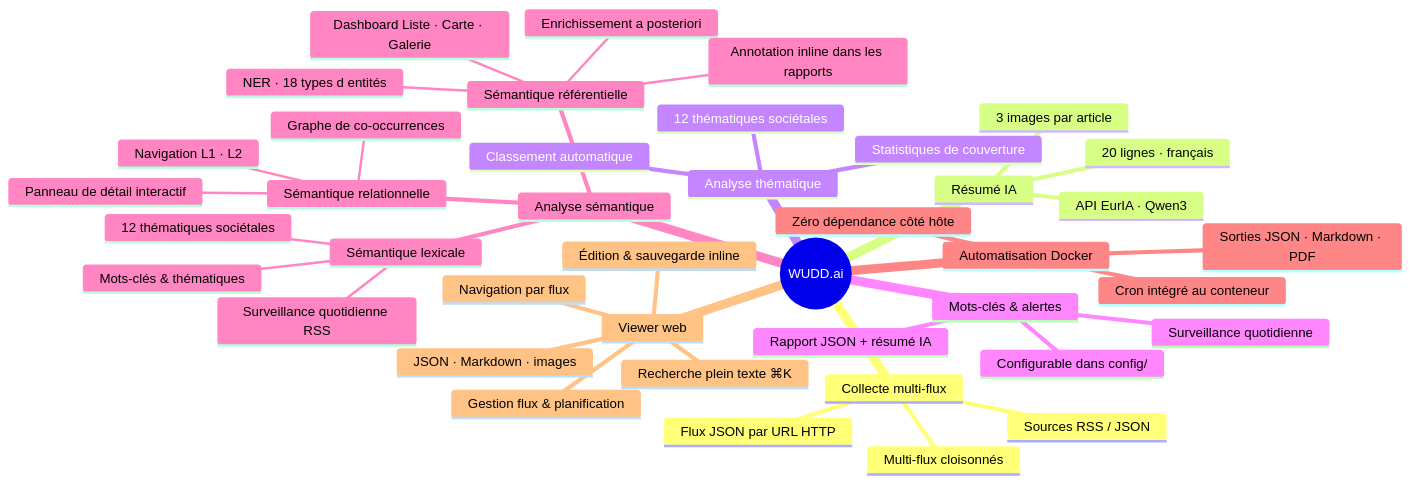
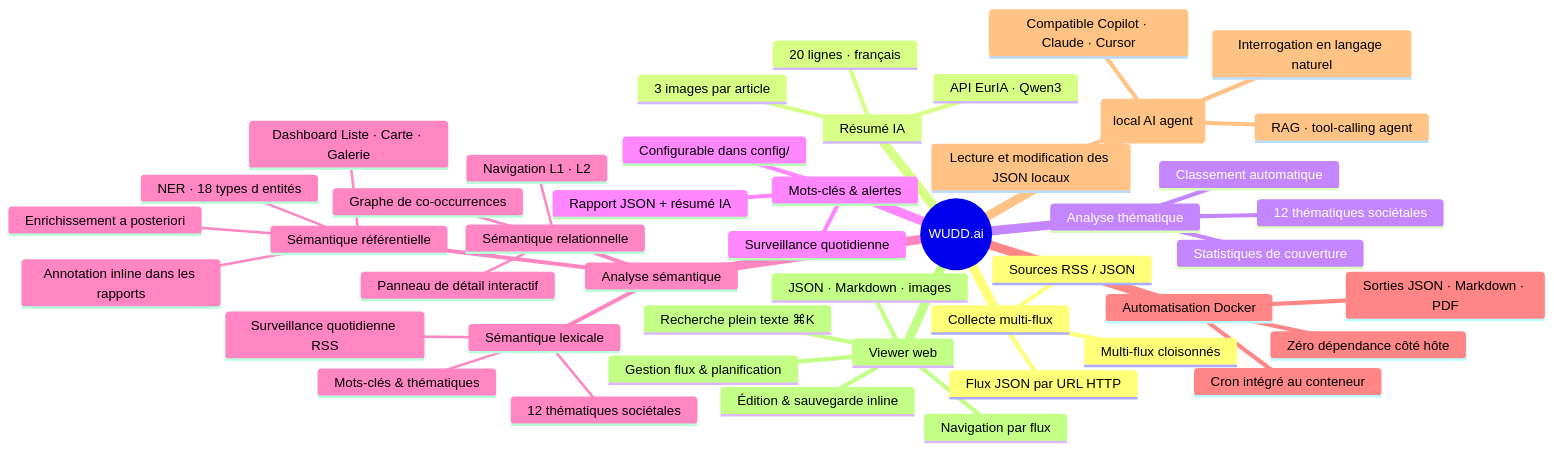
Before and after one commit to pat-the-geek/AnalyseActualites: the diagram in README.md, drawn with Mermaid. The commit also changed other lines of this file and 9 other files, not shown here.

````diff
--- a/README.md
+++ b/README.md
@@ -81,44 +81,49 @@
 ```mermaid
 mindmap
   root((WUDD.ai))
     Collecte multi-flux
       Sources RSS / JSON
       Flux JSON par URL HTTP
       Multi-flux cloisonnés
     Résumé IA
       API EurIA · Qwen3
       20 lignes · français
       3 images par article
     Analyse thématique
       12 thématiques sociétales
       Statistiques de couverture
       Classement automatique
     Mots-clés & alertes
       Surveillance quotidienne
       Rapport JSON + résumé IA
       Configurable dans config/
     Analyse sémantique
       Sémantique lexicale
         Mots-clés & thématiques
         12 thématiques sociétales
         Surveillance quotidienne RSS
       Sémantique référentielle
         NER · 18 types d entités
         Enrichissement a posteriori
         Dashboard Liste · Carte · Galerie
         Annotation inline dans les rapports
       Sémantique relationnelle
         Graphe de co-occurrences
         Navigation L1 · L2
         Panneau de détail interactif
     Automatisation Docker
       Cron intégré au conteneur
       Sorties JSON · Markdown · PDF
       Zéro dépendance côté hôte
+    Terminal IA (local AI agent)
+      Interrogation en langage naturel
+      Lecture et modification des JSON locaux
+      RAG · tool-calling agent
+      Compatible Copilot · Claude · Cursor
     Viewer web
       Navigation par flux
       JSON · Markdown · images
       Recherche plein texte ⌘K
       Édition & sauvegarde inline
       Gestion flux & planification
 ```
````
